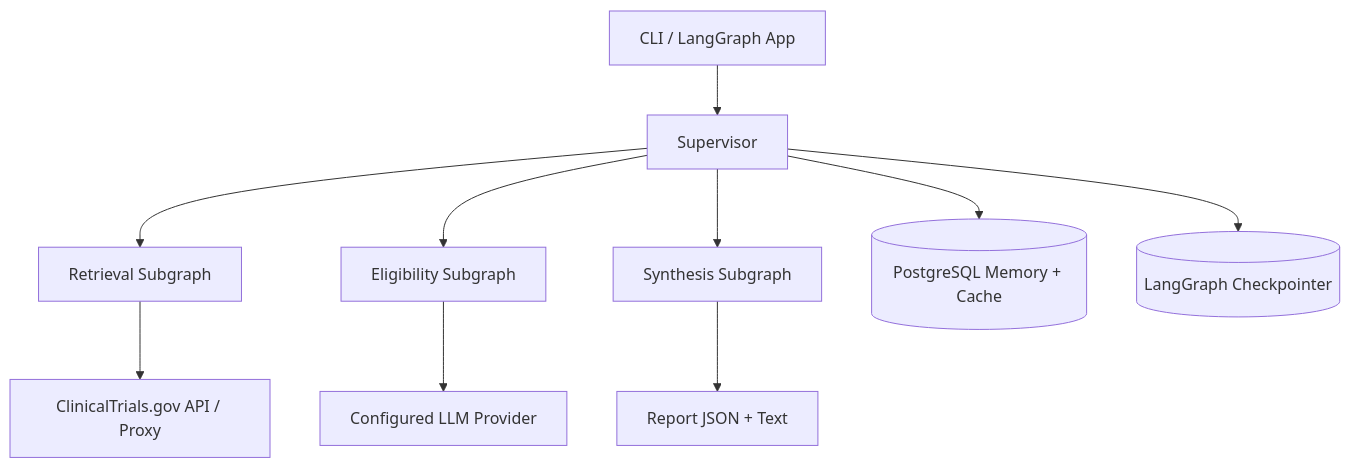
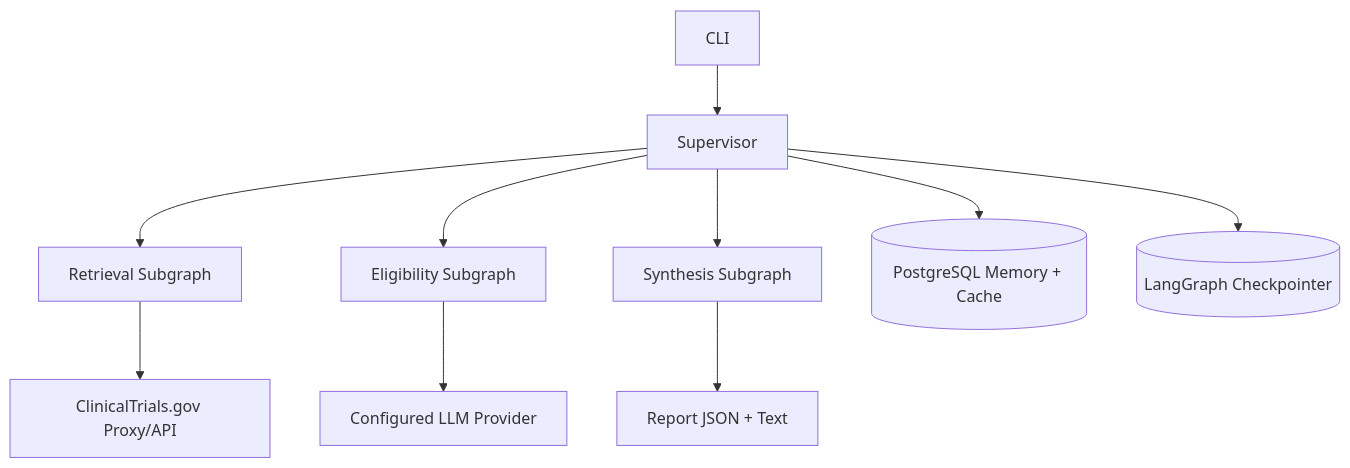
The diagram in README.md (Chrisolande/clinical_trial_agent), drawn with Mermaid before and after one commit. The commit also changed other lines of this file and 6 other files, not shown here.

````diff
--- a/README.md
+++ b/README.md
@@ -29,13 +40,13 @@
 ```mermaid
 flowchart TD
-    CLI[CLI / LangGraph App] --> SUP[Supervisor]
+    CLI[CLI] --> SUP[Supervisor]
     SUP --> RET[Retrieval Subgraph]
     SUP --> ELI[Eligibility Subgraph]
     SUP --> SYN[Synthesis Subgraph]
 
-    RET --> CTGOV[ClinicalTrials.gov API / Proxy]
+    RET --> CTGOV[ClinicalTrials.gov Proxy/API]
     ELI --> LLM[Configured LLM Provider]
+    SYN --> REPORT[Report JSON + Text]
     SUP --> DB[(PostgreSQL Memory + Cache)]
     SUP --> CHK[(LangGraph Checkpointer)]
-    SYN --> OUT[Report JSON + Text]
 ```
````
